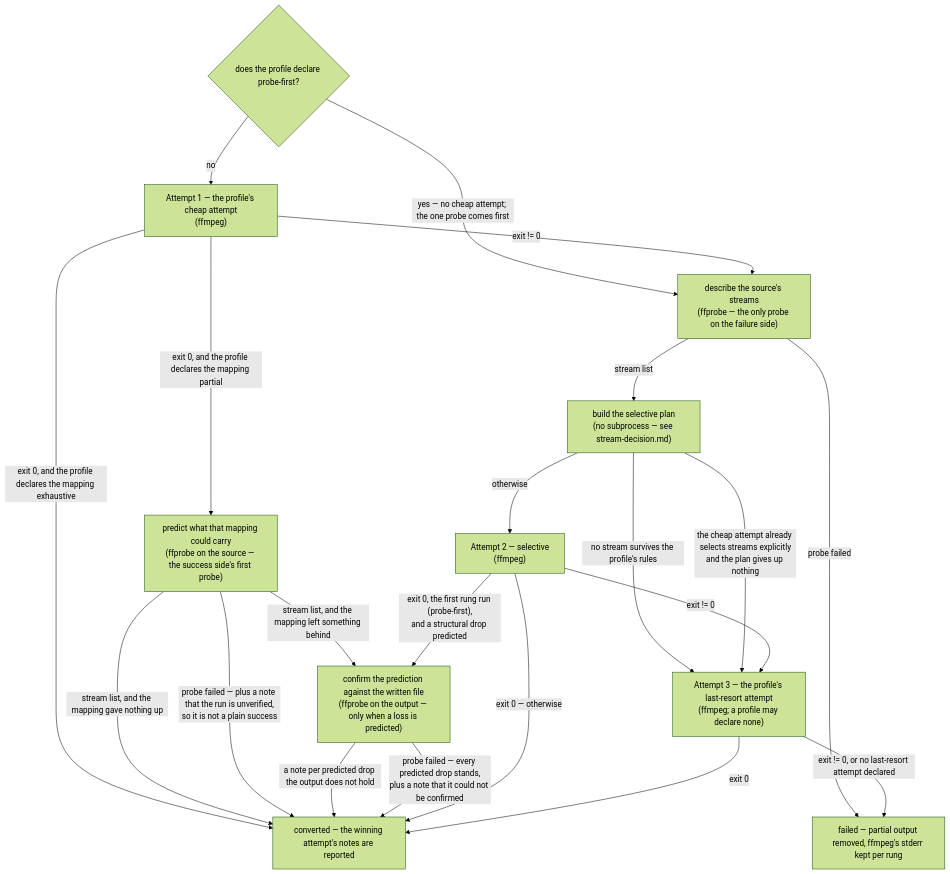
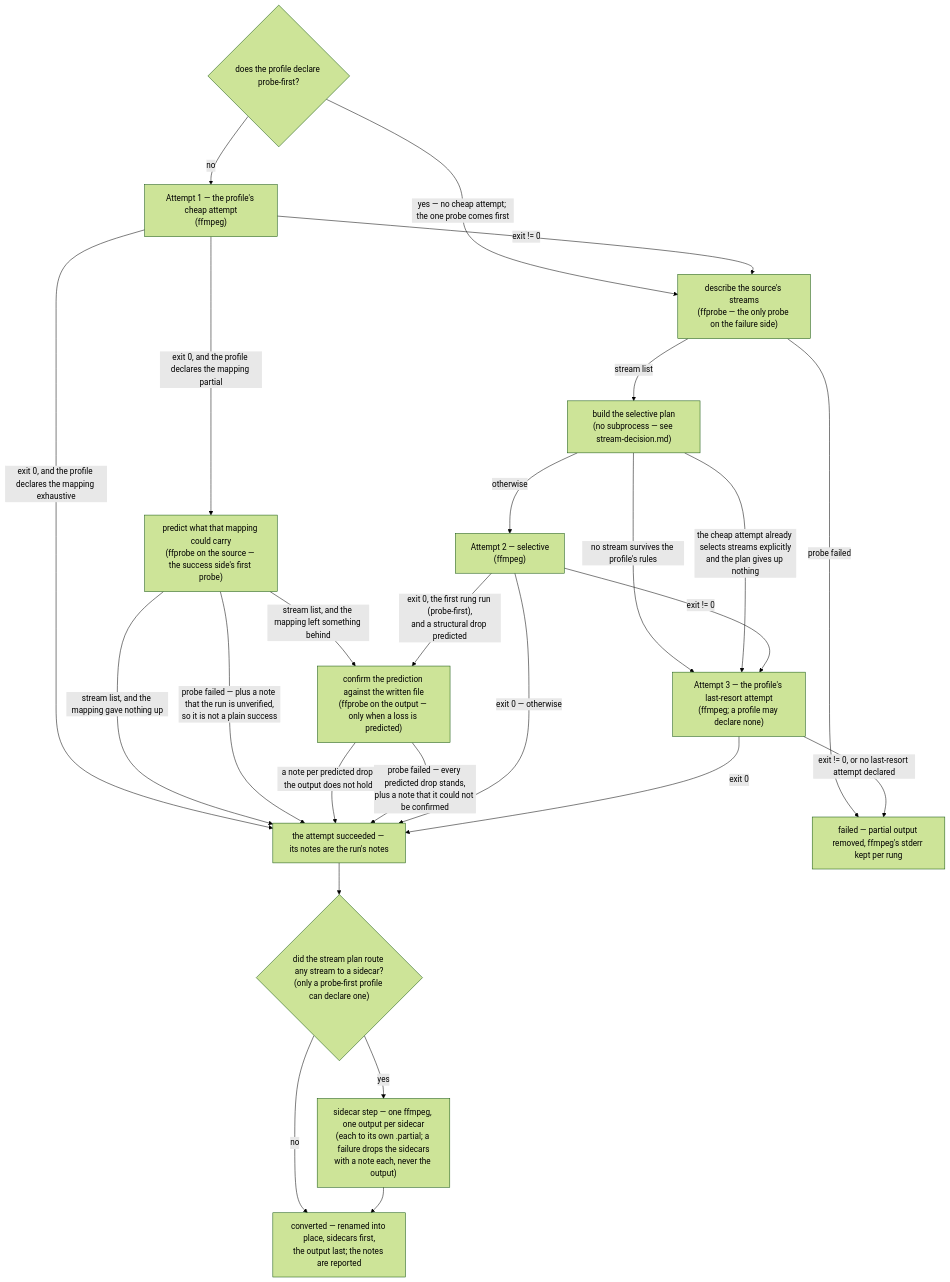
One commit to bhemsen/converter changed the diagram in docs/design/degradation-ladder.md. Above: the diagram before and after it, drawn with Mermaid (forest theme). The commit also changed other lines of this file and 5 other files, not shown here.

First line of the commit message:
docs(spec): subtitle sidecars for --to web (roadmap phase 14)

````diff
--- a/docs/design/degradation-ladder.md
+++ b/docs/design/degradation-ladder.md
@@ -17,34 +17,41 @@
 ```mermaid
 flowchart TD
     PF{"does the profile declare probe-first?"}
     A["Attempt 1 — the profile's cheap attempt<br/>(ffmpeg)"]
     V["predict what that mapping could carry<br/>(ffprobe on the source — the success side's first probe)"]
     C["confirm the prediction against the written file<br/>(ffprobe on the output — only when a loss is predicted)"]
     P["describe the source's streams<br/>(ffprobe — the only probe on the failure side)"]
     PLAN["build the selective plan<br/>(no subprocess — see stream-decision.md)"]
     SEL["Attempt 2 — selective<br/>(ffmpeg)"]
     FIN["Attempt 3 — the profile's last-resort attempt<br/>(ffmpeg; a profile may declare none)"]
-    OK["converted — the winning attempt's notes are reported"]
+    OK["the attempt succeeded — its notes are the run's notes"]
+    SCQ{"did the stream plan route any stream to a sidecar?<br/>(only a probe-first profile can declare one)"}
+    SCS["sidecar step — one ffmpeg, one output per sidecar<br/>(each to its own .partial; a failure drops the sidecars<br/>with a note each, never the output)"]
+    DONE["converted — renamed into place, sidecars first,<br/>the output last; the notes are reported"]
     BAD["failed — partial output removed, ffmpeg's stderr kept per rung"]
 
     PF -->|"no"| A
     PF -->|"yes — no cheap attempt; the one probe comes first"| P
     A -->|"exit 0, and the profile declares the mapping exhaustive"| OK
     A -->|"exit 0, and the profile declares the mapping partial"| V
     V -->|"stream list, and the mapping gave nothing up"| OK
     V -->|"stream list, and the mapping left something behind"| C
     V -->|"probe failed — plus a note that the run is unverified,<br/>so it is not a plain success"| OK
     C -->|"a note per predicted drop the output does not hold"| OK
     C -->|"probe failed — every predicted drop stands,<br/>plus a note that it could not be confirmed"| OK
     A -->|"exit != 0"| P
     P -->|"probe failed"| BAD
     P -->|"stream list"| PLAN
     PLAN -->|"no stream survives the profile's rules"| FIN
     PLAN -->|"the cheap attempt already selects streams explicitly<br/>and the plan gives up nothing"| FIN
     PLAN -->|"otherwise"| SEL
     SEL -->|"exit 0, the first rung run (probe-first),<br/>and a structural drop predicted"| C
     SEL -->|"exit 0 — otherwise"| OK
     SEL -->|"exit != 0"| FIN
     FIN -->|"exit 0"| OK
     FIN -->|"exit != 0, or no last-resort attempt declared"| BAD
+    OK --> SCQ
+    SCQ -->|"no"| DONE
+    SCQ -->|"yes"| SCS
+    SCS --> DONE
 ```
````
